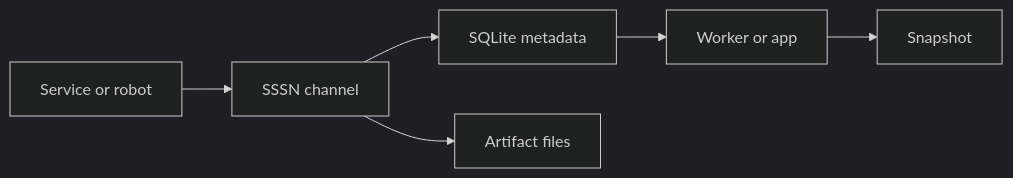
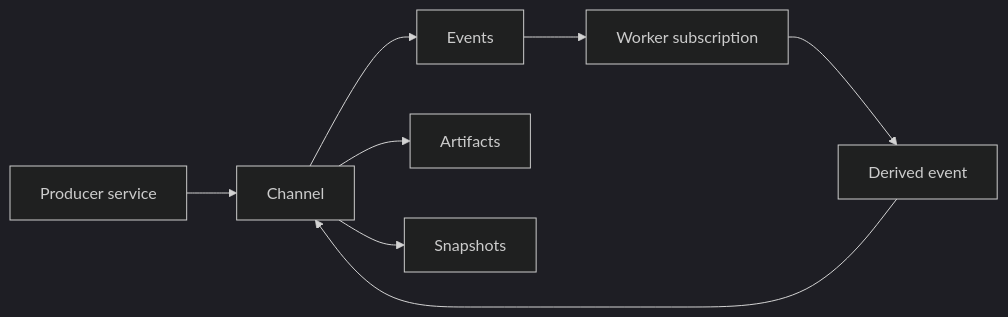
The diagram in docs/index.md (Productive-Superintelligence/sssn), drawn with Mermaid (dark theme) before and after one commit. The commit also changed other lines of this file and 12 other files, not shown here.

````diff
--- a/docs/index.md
+++ b/docs/index.md
@@ -59,8 +63,10 @@
 ```mermaid
 flowchart LR
-  A["Service or robot"] --> B["SSSN channel"]
-  B --> C["SQLite metadata"]
-  B --> D["Artifact files"]
-  C --> E["Worker or app"]
-  E --> F["Snapshot"]
+  A["Producer service"] --> B["Channel"]
+  B --> C["Events"]
+  B --> D["Artifacts"]
+  B --> E["Snapshots"]
+  C --> F["Worker subscription"]
+  F --> G["Derived event"]
+  G --> B
 ```
````
